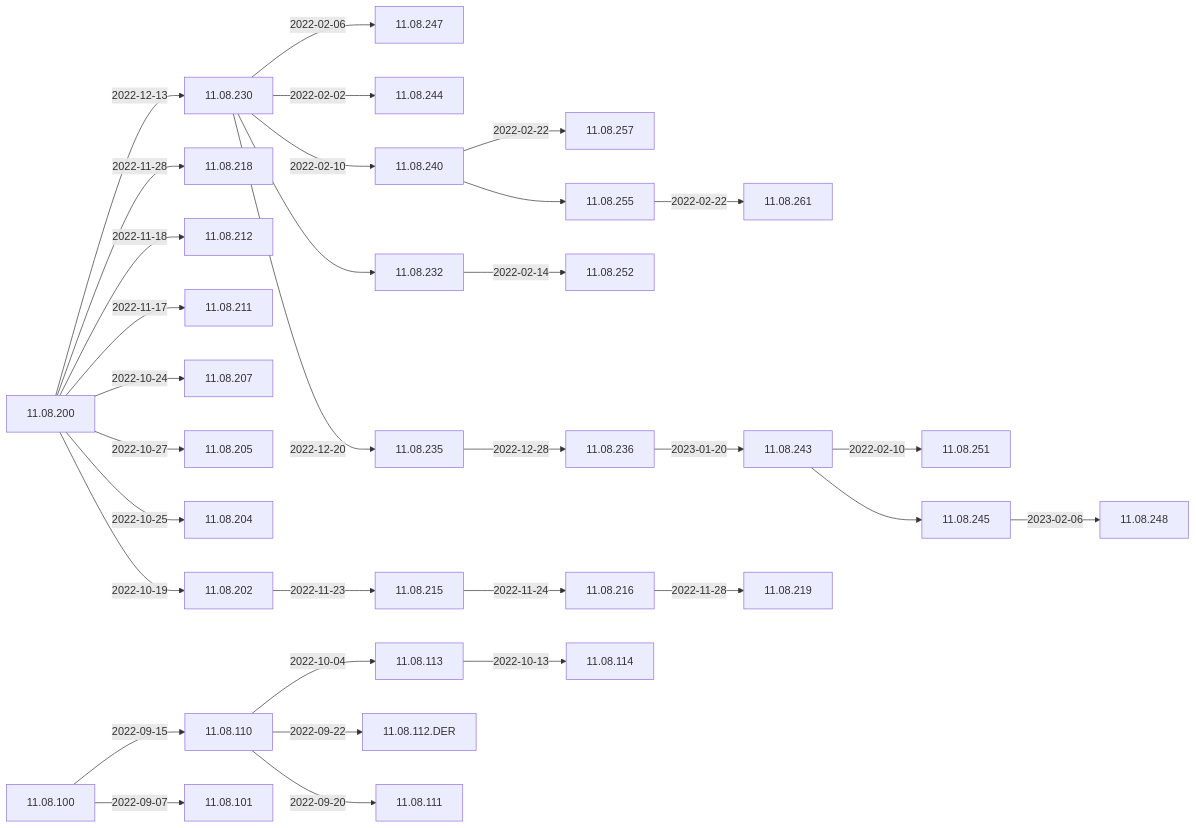
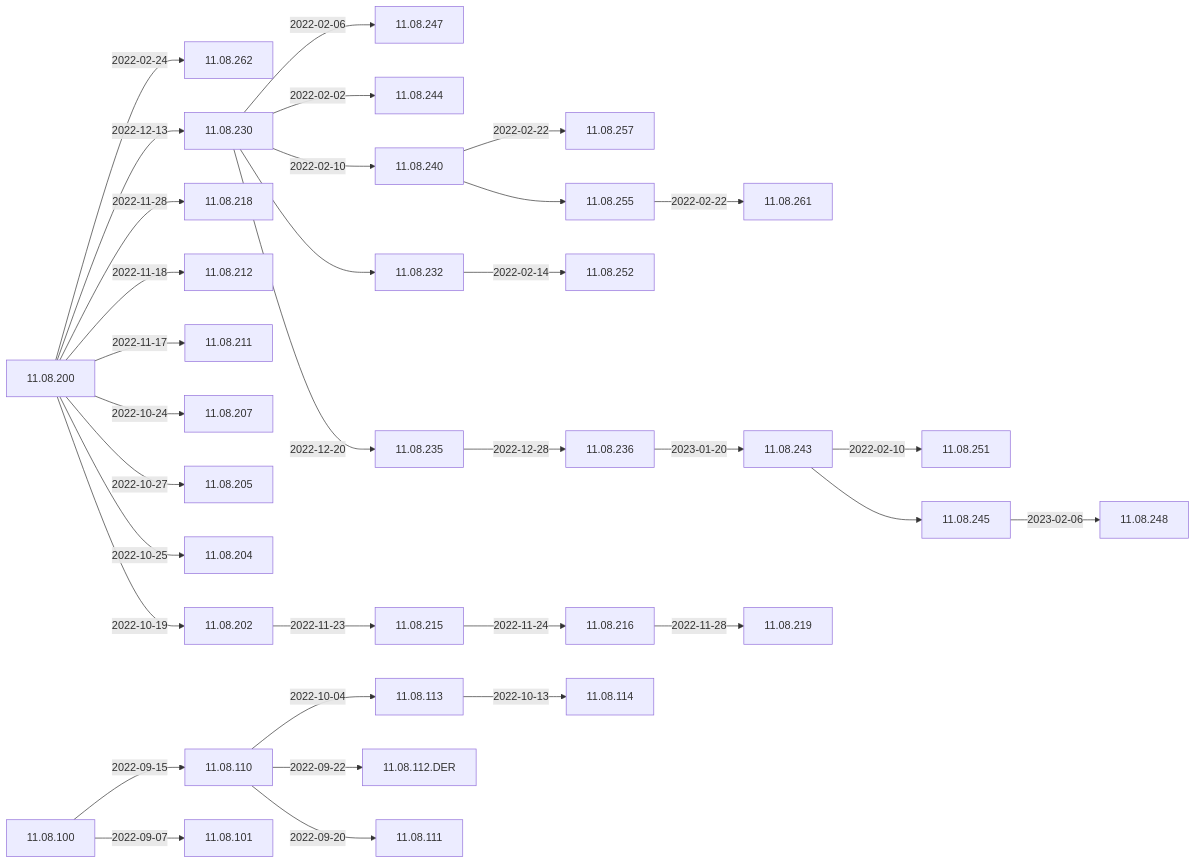
Before and after one commit to woydziak/IGEL-Docs: the first of 3 diagrams in Docs/ReleaseNotes/01-OS11/README.md, drawn with Mermaid.

Commit message:
11.08.200 --> 11.08.262

````diff
--- a/Docs/ReleaseNotes/01-OS11/README.md
+++ b/Docs/ReleaseNotes/01-OS11/README.md
@@ -9,45 +9,47 @@
 ```mermaid
 flowchart LR
+    11.08.200-- 2022-02-24 -->11.08.262
     11.08.243-- 2022-02-10 -->11.08.251
     11.08.230-- 2022-02-06 -->11.08.247
     11.08.230-- 2022-02-02 -->11.08.244
     11.08.240-- 2022-02-22 -->11.08.257
     11.08.240-->11.08.255-- 2022-02-22 -->11.08.261
     11.08.230-- 2022-02-10 -->11.08.240
     11.08.230-->11.08.232-- 2022-02-14 -->11.08.252
     11.08.200-- 2022-12-13 -->11.08.230-- 2022-12-20 -->11.08.235-- 2022-12-28 -->11.08.236-- 2023-01-20 -->11.08.243-->11.08.245-- 2023-02-06 -->11.08.248
     11.08.200-- 2022-11-28 -->11.08.218
     11.08.200-- 2022-11-18 -->11.08.212
     11.08.200-- 2022-11-17 -->11.08.211
     11.08.200-- 2022-10-24 -->11.08.207
     11.08.200-- 2022-10-27 -->11.08.205
     11.08.200-- 2022-10-25 -->11.08.204
     11.08.200-- 2022-10-19 -->11.08.202-- 2022-11-23 -->11.08.215-- 2022-11-24 -->11.08.216-- 2022-11-28 -->11.08.219
     11.08.110-- 2022-10-04 -->11.08.113-- 2022-10-13 -->11.08.114
     11.08.110-- 2022-09-22 -->11.08.112.DER
     11.08.100-- 2022-09-15 -->11.08.110-- 2022-09-20 -->11.08.111
     11.08.100-- 2022-09-07 -->11.08.101
+    click 11.08.262 "https://github.com/IGEL-Community/IGEL-Docs/blob/main/Docs/ReleaseNotes/01-OS11/readme11.08.262.txt" "Open this in a new tab"
     click 11.08.261 "https://github.com/IGEL-Community/IGEL-Docs/blob/main/Docs/ReleaseNotes/01-OS11/readme11.08.261.txt" "Open this in a new tab"
     click 11.08.257 "https://github.com/IGEL-Community/IGEL-Docs/blob/main/Docs/ReleaseNotes/01-OS11/readme11.08.257.txt" "Open this in a new tab"
     click 11.08.252 "https://github.com/IGEL-Community/IGEL-Docs/blob/main/Docs/ReleaseNotes/01-OS11/readme11.08.252.txt" "Open this in a new tab"
     click 11.08.251 "https://github.com/IGEL-Community/IGEL-Docs/blob/main/Docs/ReleaseNotes/01-OS11/readme11.08.251.txt" "Open this in a new tab"
     click 11.08.248 "https://github.com/IGEL-Community/IGEL-Docs/blob/main/Docs/ReleaseNotes/01-OS11/readme11.08.248.txt" "Open this in a new tab"
     click 11.08.247 "https://github.com/IGEL-Community/IGEL-Docs/blob/main/Docs/ReleaseNotes/01-OS11/readme11.08.247.txt" "Open this in a new tab"
     click 11.08.244 "https://github.com/IGEL-Community/IGEL-Docs/blob/main/Docs/ReleaseNotes/01-OS11/readme11.08.244.txt" "Open this in a new tab"
     click 11.08.243 "https://github.com/IGEL-Community/IGEL-Docs/blob/main/Docs/ReleaseNotes/01-OS11/readme11.08.243.txt" "Open this in a new tab"
     click 11.08.240 "https://github.com/IGEL-Community/IGEL-Docs/blob/main/Docs/ReleaseNotes/01-OS11/readme11.08.240.txt" "Open this in a new tab"
     click 11.08.236 "https://github.com/IGEL-Community/IGEL-Docs/blob/main/Docs/ReleaseNotes/01-OS11/readme11.08.236.txt" "Open this in a new tab"
     click 11.08.235 "https://github.com/IGEL-Community/IGEL-Docs/blob/main/Docs/ReleaseNotes/01-OS11/readme11.08.235.txt" "Open this in a new tab"
     click 11.08.230 "https://github.com/IGEL-Community/IGEL-Docs/blob/main/Docs/ReleaseNotes/01-OS11/readme11.08.230.txt" "Open this in a new tab"
     click 11.08.219 "https://github.com/IGEL-Community/IGEL-Docs/blob/main/Docs/ReleaseNotes/01-OS11/readme11.08.219.txt" "Open this in a new tab"
     click 11.08.218 "https://github.com/IGEL-Community/IGEL-Docs/blob/main/Docs/ReleaseNotes/01-OS11/readme11.08.218.txt" "Open this in a new tab"
     click 11.08.216 "https://github.com/IGEL-Community/IGEL-Docs/blob/main/Docs/ReleaseNotes/01-OS11/readme11.08.216.txt" "Open this in a new tab"
     click 11.08.215 "https://github.com/IGEL-Community/IGEL-Docs/blob/main/Docs/ReleaseNotes/01-OS11/readme11.08.215.txt" "Open this in a new tab"
     click 11.08.212 "https://github.com/IGEL-Community/IGEL-Docs/blob/main/Docs/ReleaseNotes/01-OS11/readme11.08.212.txt" "Open this in a new tab"
     click 11.08.211 "https://github.com/IGEL-Community/IGEL-Docs/blob/main/Docs/ReleaseNotes/01-OS11/readme11.08.211.txt" "Open this in a new tab"
     click 11.08.207 "https://github.com/IGEL-Community/IGEL-Docs/blob/main/Docs/ReleaseNotes/01-OS11/readme11.08.207.txt" "Open this in a new tab"
     click 11.08.205 "https://github.com/IGEL-Community/IGEL-Docs/blob/main/Docs/ReleaseNotes/01-OS11/readme11.08.205.txt" "Open this in a new tab"
     click 11.08.204 "https://github.com/IGEL-Community/IGEL-Docs/blob/main/Docs/ReleaseNotes/01-OS11/readme11.08.204.txt" "Open this in a new tab"
     click 11.08.202 "https://github.com/IGEL-Community/IGEL-Docs/blob/main/Docs/ReleaseNotes/01-OS11/readme11.08.202.txt" "Open this in a new tab"
     click 11.08.200 "https://github.com/IGEL-Community/IGEL-Docs/blob/main/Docs/ReleaseNotes/01-OS11/readme11.08.200.txt" "Open this in a new tab"
 ```
````
